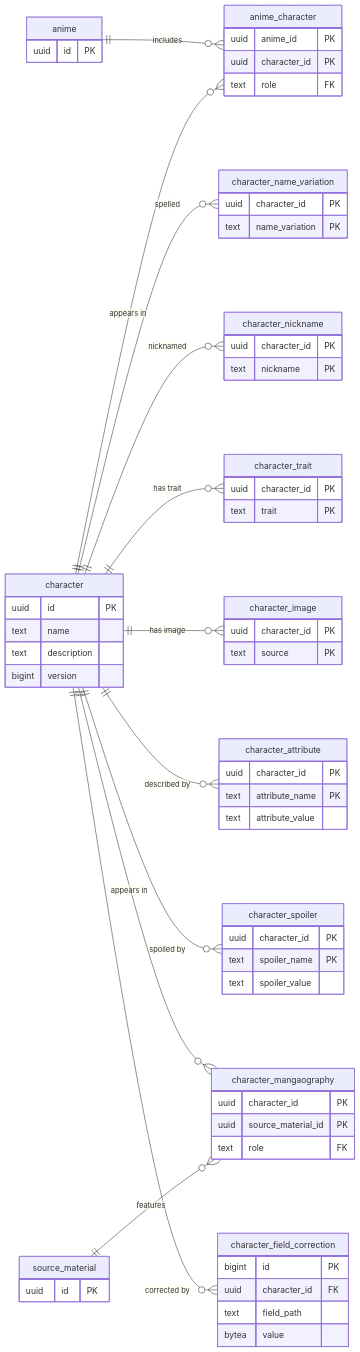
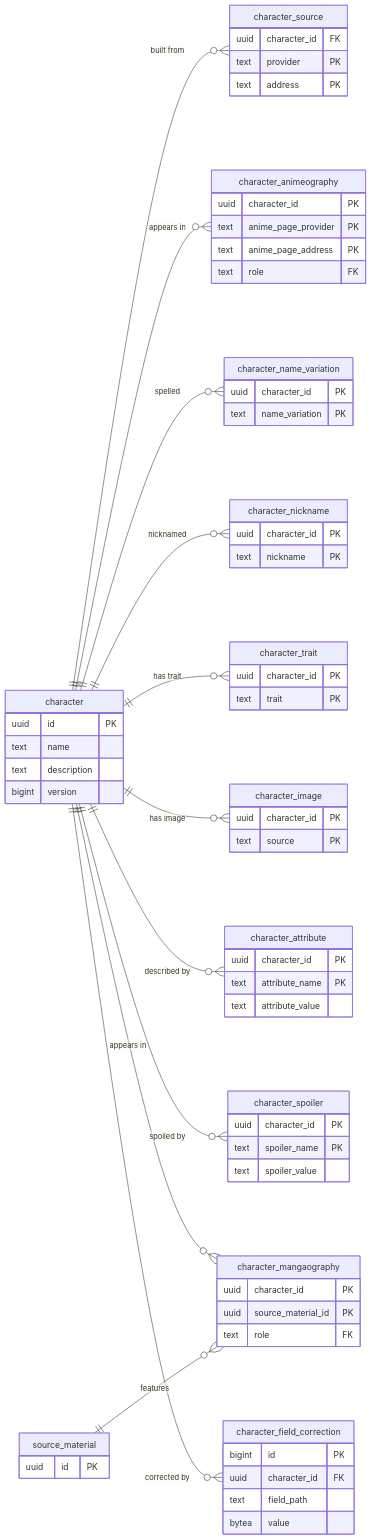
Before and after one commit to adnanaq/echora: the sixth of 8 diagrams in docs/architecture/Database Schema.md, drawn with Mermaid. The commit also changed other lines of this file and 9 other files, not shown here.

````diff
--- a/docs/architecture/Database Schema.md
+++ b/docs/architecture/Database Schema.md
@@ -372,70 +373,73 @@
 ```mermaid
 erDiagram
   direction LR
-  anime ||--o{ anime_character : "includes"
-  character ||--o{ anime_character : "appears in"
+  character ||--o{ character_source : "built from"
+  character ||--o{ character_animeography : "appears in"
   character ||--o{ character_name_variation : "spelled"
   character ||--o{ character_nickname : "nicknamed"
   character ||--o{ character_trait : "has trait"
   character ||--o{ character_image : "has image"
   character ||--o{ character_attribute : "described by"
   character ||--o{ character_spoiler : "spoiled by"
   character ||--o{ character_mangaography : "appears in"
   source_material ||--o{ character_mangaography : "features"
   character ||--o{ character_field_correction : "corrected by"
 
-  anime {
-    uuid id PK
-  }
   character {
     uuid id PK
     text name
     text description
     bigint version
   }
-  anime_character {
-    uuid anime_id PK
+  character_source {
+    uuid character_id FK
+    text provider PK
+    text address PK
+  }
+  character_animeography {
     uuid character_id PK
+    text anime_page_provider PK
+    text anime_page_address PK
     text role FK
   }
   character_name_variation {
     uuid character_id PK
     text name_variation PK
   }
   character_nickname {
     uuid character_id PK
     text nickname PK
   }
   character_trait {
     uuid character_id PK
     text trait PK
   }
   character_image {
     uuid character_id PK
     text source PK
   }
   character_attribute {
     uuid character_id PK
     text attribute_name PK
     text attribute_value
   }
   character_spoiler {
     uuid character_id PK
     text spoiler_name PK
     text spoiler_value
   }
   character_mangaography {
     uuid character_id PK
     uuid source_material_id PK
     text role FK
   }
   source_material {
     uuid id PK
   }
   character_field_correction {
     bigint id PK
     uuid character_id FK
     text field_path
     bytea value
   }
 ```
````
